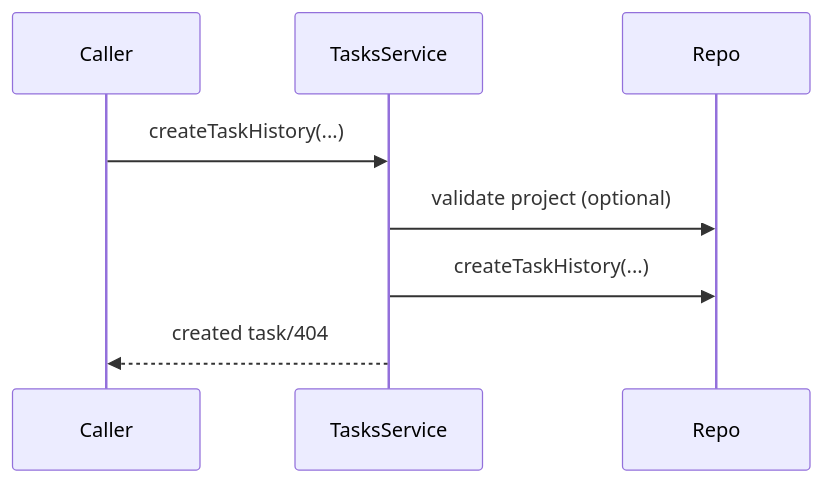
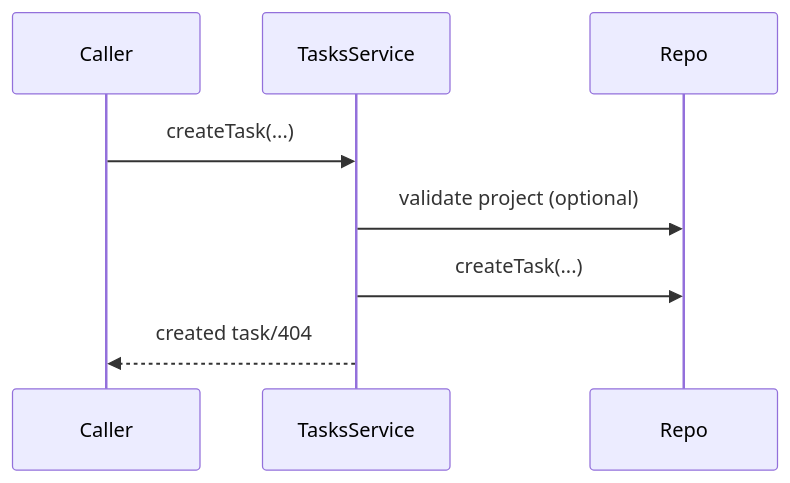
Before and after one commit to TurtleStoffel/tektite-console: the third of 8 diagrams in src/backend/domains/tasks/README.md, drawn with Mermaid. The commit also changed other lines of this file and 11 other files, not shown here.

Commit message:
Rename Task History to Task

````diff
--- a/src/backend/domains/tasks/README.md
+++ b/src/backend/domains/tasks/README.md
@@ -32,10 +32,10 @@
 ```mermaid
 sequenceDiagram
     participant Caller
     participant TasksService
     participant Repo
-    Caller->>TasksService: createTaskHistory(...)
+    Caller->>TasksService: createTask(...)
     TasksService->>Repo: validate project (optional)
-    TasksService->>Repo: createTaskHistory(...)
+    TasksService->>Repo: createTask(...)
     TasksService-->>Caller: created task/404
 ```
````
